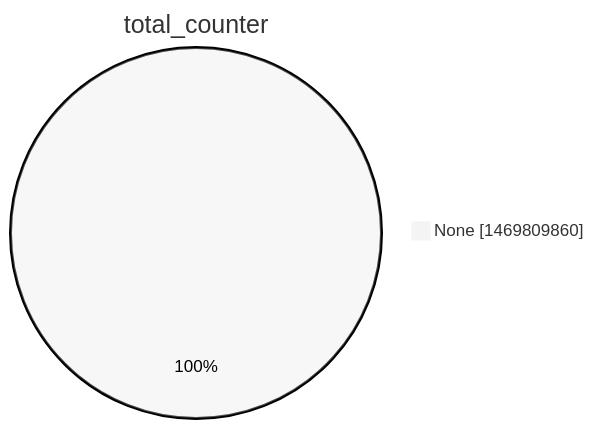
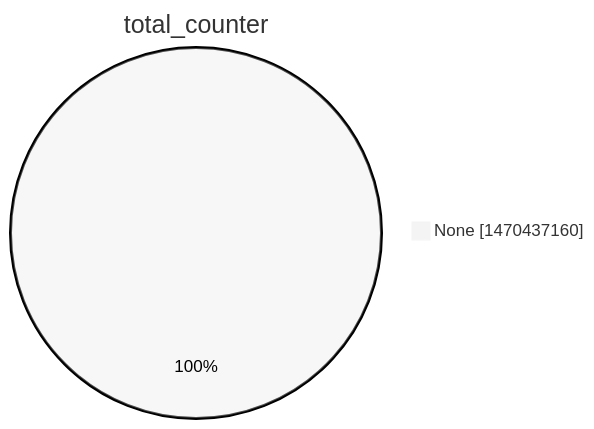
One commit to christiankrug/ctmonitor_visualization changed the second of 15 diagrams in argon2022/README.md. Above: the diagram before and after it, drawn with Mermaid (neutral theme). The commit also changed other lines of this file, not shown here.

````diff
--- a/argon2022/README.md
+++ b/argon2022/README.md
@@ -9,5 +9,5 @@
 ```mermaid
 pie showData
 title total_counter
-"None" :1469809860
+"None" :1470437160
 ```
````
